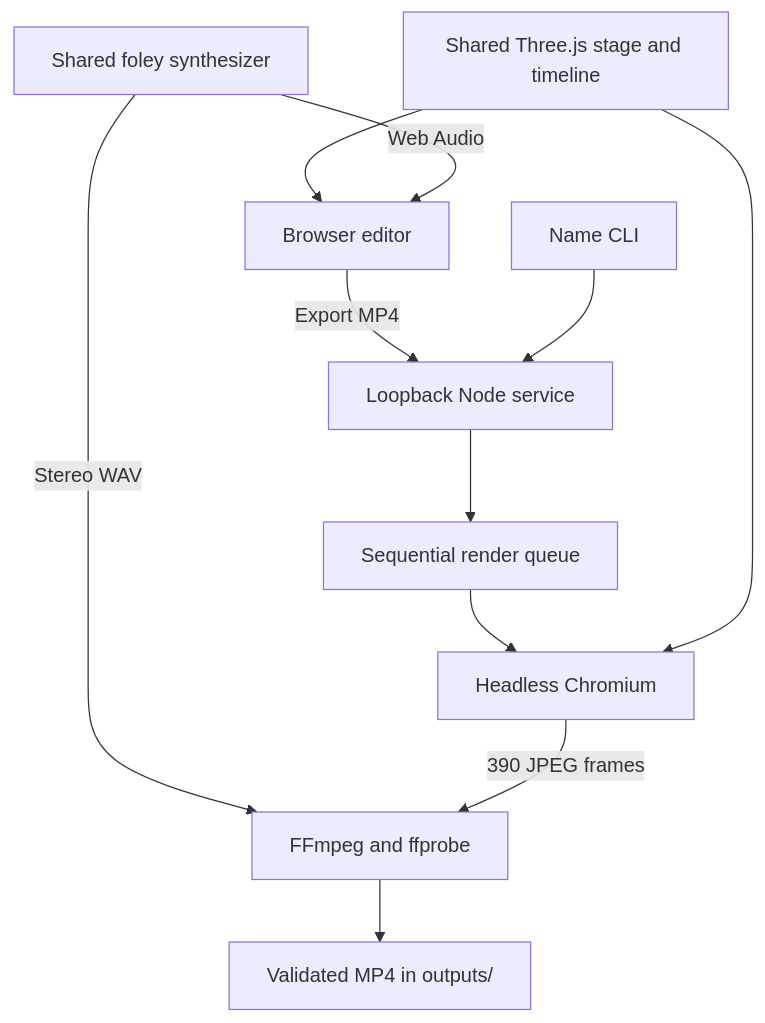
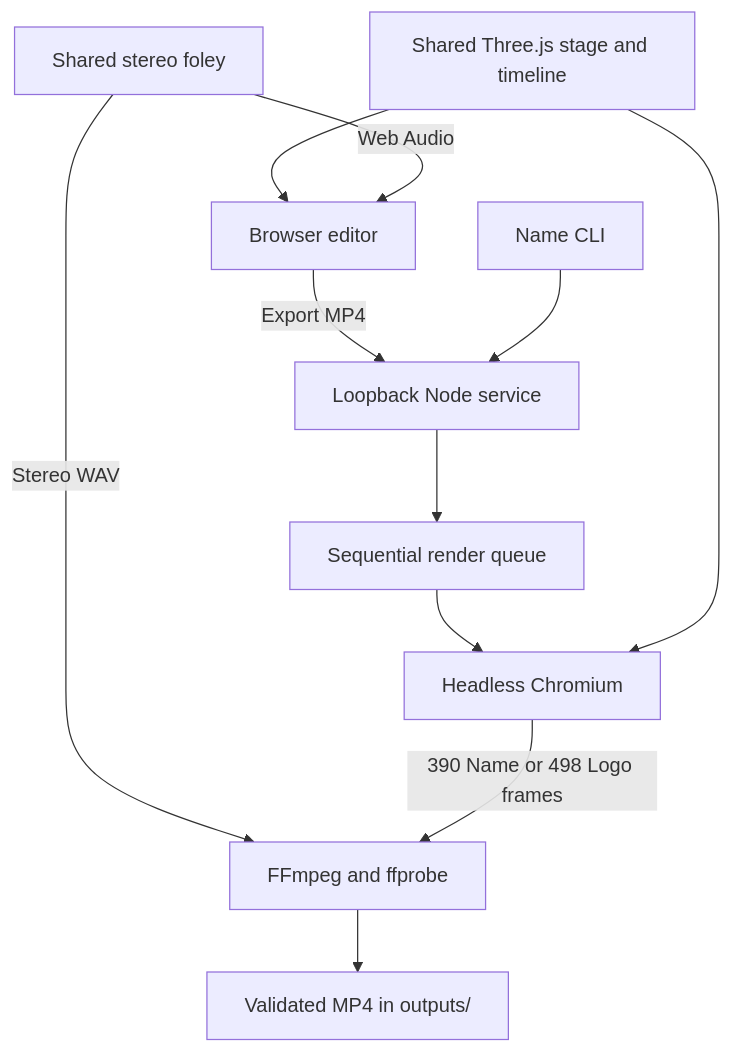
The diagram in README.md (samikd35/LAMP), drawn with Mermaid before and after one commit. The commit also changed other lines of this file and 15 other files, not shown here.

````diff
--- a/README.md
+++ b/README.md
@@ -97,13 +97,13 @@
 ```mermaid
 flowchart TD
     Editor["Browser editor"] -->|Export MP4| Service["Loopback Node service"]
     CLI["Name CLI"] --> Service
     Service --> Queue["Sequential render queue"]
     Queue --> Browser["Headless Chromium"]
     Stage["Shared Three.js stage and timeline"] --> Editor
     Stage --> Browser
-    Foley["Shared foley synthesizer"] -->|Web Audio| Editor
+    Foley["Shared stereo foley"] -->|Web Audio| Editor
     Foley -->|Stereo WAV| Encode["FFmpeg and ffprobe"]
-    Browser -->|390 JPEG frames| Encode
+    Browser -->|390 Name or 498 Logo frames| Encode
     Encode --> Output["Validated MP4 in outputs/"]
 ```
````
